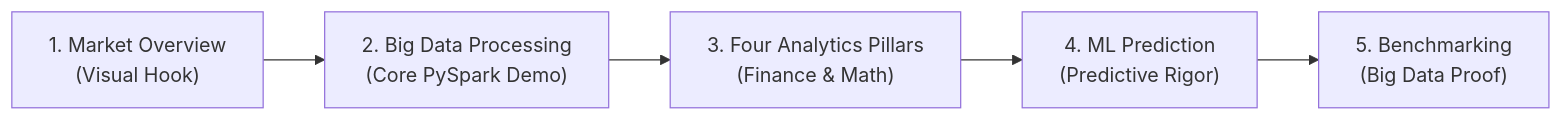
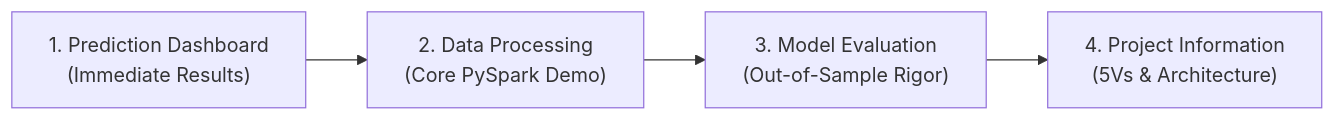
The diagram in PRESENTATION_GUIDE.md (dinakargowdan585/StockSense-Big-Data-Analytics), drawn with Mermaid before and after one commit. The commit also changed other lines of this file and 6 other files, not shown here.

Commit message:
feat(restructure): transform StockSense into focused 4-page Big Data Stock Market Prediction System

````diff
--- a/PRESENTATION_GUIDE.md
+++ b/PRESENTATION_GUIDE.md
@@ -24,7 +24,6 @@
 ```mermaid
 flowchart LR
-    A["1. Market Overview<br/>(Visual Hook)"] --> B["2. Big Data Processing<br/>(Core PySpark Demo)"]
-    B --> C["3. Four Analytics Pillars<br/>(Finance & Math)"]
-    C --> D["4. ML Prediction<br/>(Predictive Rigor)"]
-    D --> E["5. Benchmarking<br/>(Big Data Proof)"]
+    P1["1. Prediction Dashboard<br/>(Immediate Results)"] --> P2["2. Data Processing<br/>(Core PySpark Demo)"]
+    P2 --> P3["3. Model Evaluation<br/>(Out-of-Sample Rigor)"]
+    P3 --> P4["4. Project Information<br/>(5Vs & Architecture)"]
 ```
````
